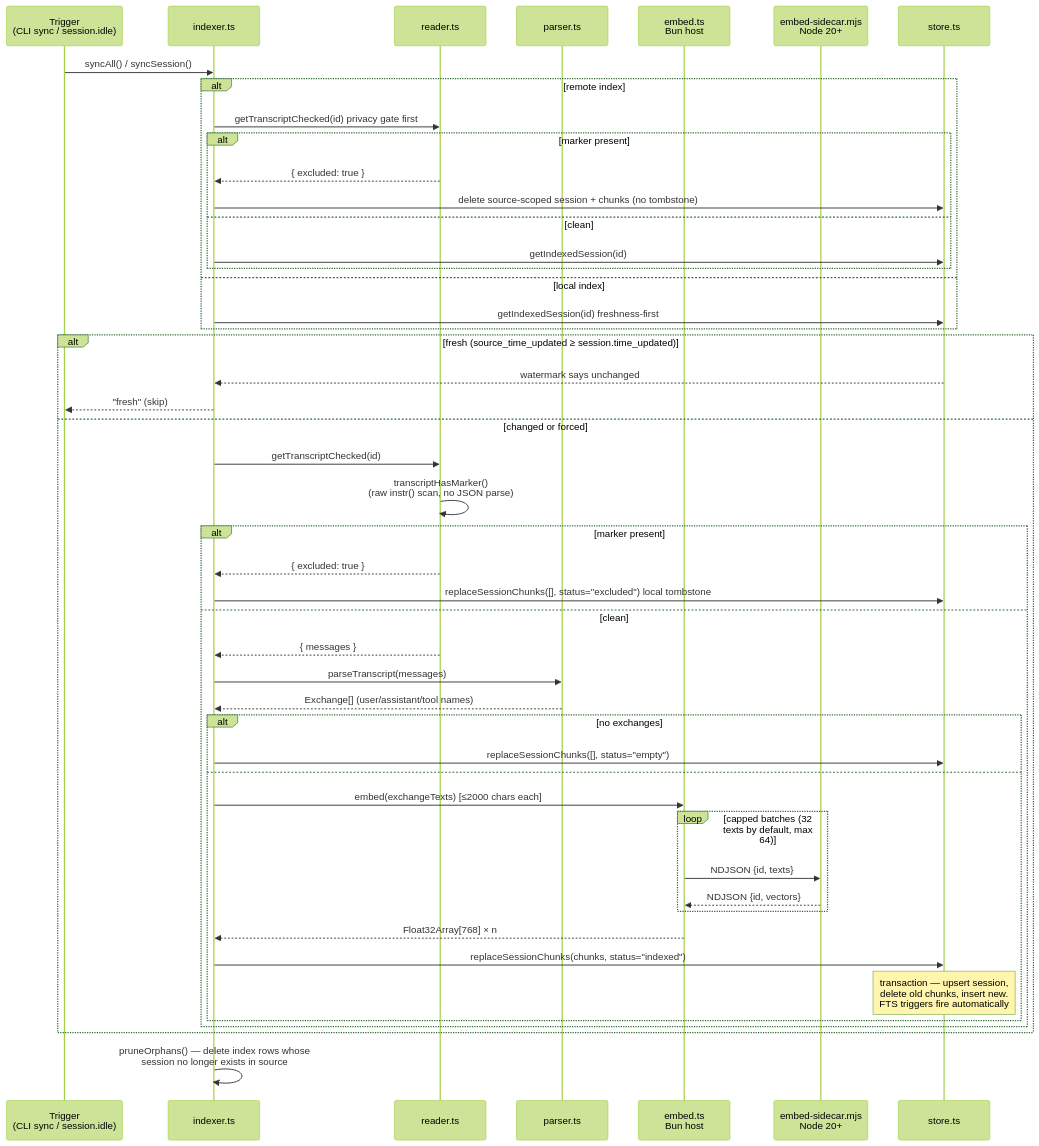
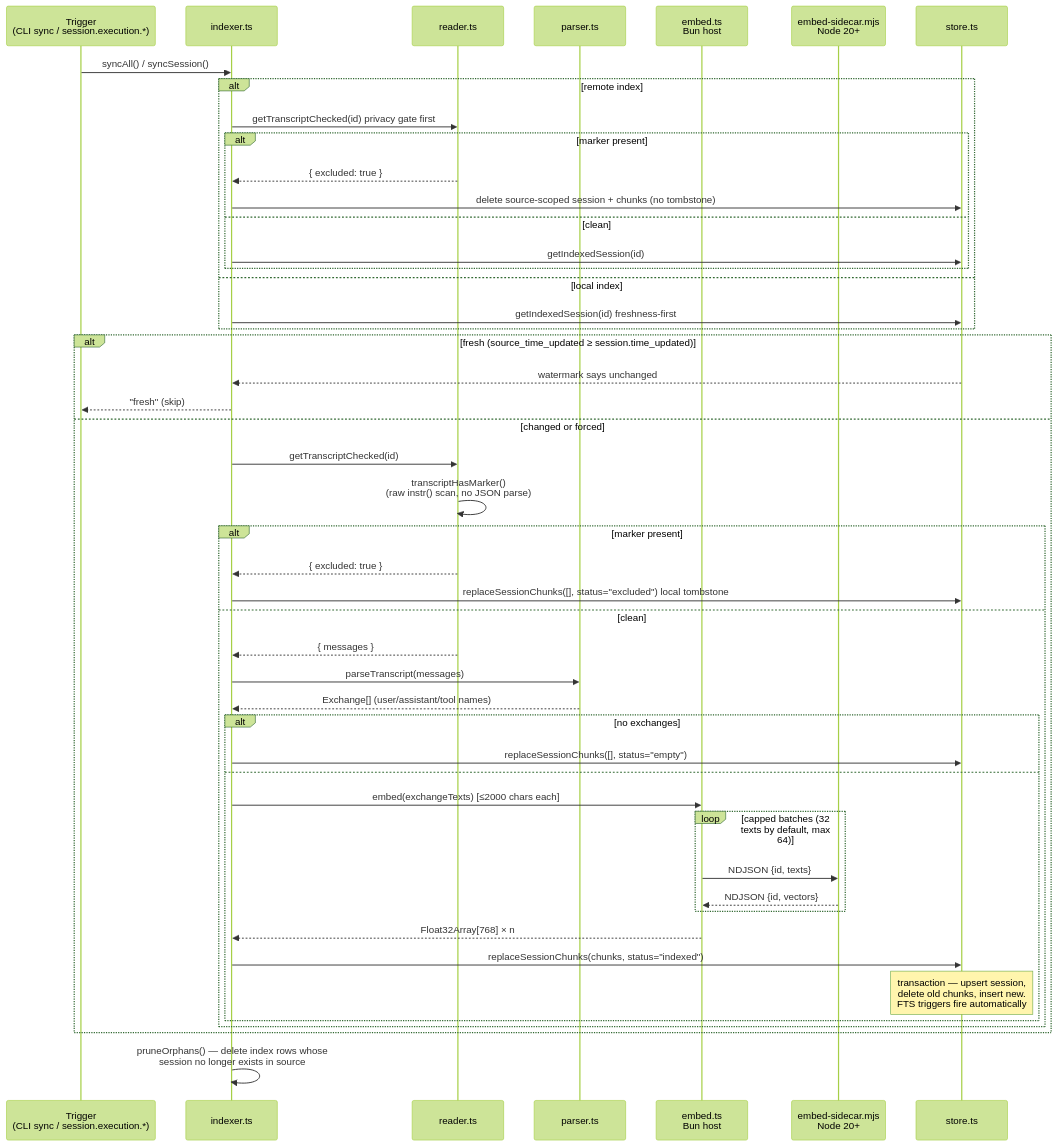
The second of 3 diagrams in ARCHITECTURE.md (robertn702/opencode-episodic-memory), drawn with Mermaid (forest theme) before and after one commit. The commit also changed other lines of this file and 10 other files, not shown here.

````diff
--- a/ARCHITECTURE.md
+++ b/ARCHITECTURE.md
@@ -191,51 +199,51 @@
 ```mermaid
 sequenceDiagram
-    participant T as Trigger<br/>(CLI sync / session.idle)
+    participant T as Trigger<br/>(CLI sync / session.execution.*)
     participant I as indexer.ts
     participant R as reader.ts
     participant P as parser.ts
     participant E as embed.ts<br/>Bun host
     participant N as embed-sidecar.mjs<br/>Node 20+
     participant S as store.ts
 
     T->>I: syncAll() / syncSession()
     alt remote index
         I->>R: getTranscriptChecked(id) privacy gate first
         alt marker present
             R-->>I: { excluded: true }
             I->>S: delete source-scoped session + chunks (no tombstone)
         else clean
             I->>S: getIndexedSession(id)
         end
     else local index
         I->>S: getIndexedSession(id) freshness-first
     end
     alt fresh (source_time_updated ≥ session.time_updated)
         S-->>I: watermark says unchanged
         I-->>T: "fresh" (skip)
     else changed or forced
         I->>R: getTranscriptChecked(id)
         R->>R: transcriptHasMarker()<br/>(raw instr() scan, no JSON parse)
         alt marker present
             R-->>I: { excluded: true }
             I->>S: replaceSessionChunks([], status="excluded") local tombstone
         else clean
             R-->>I: { messages }
             I->>P: parseTranscript(messages)
             P-->>I: Exchange[] (user/assistant/tool names)
             alt no exchanges
                 I->>S: replaceSessionChunks([], status="empty")
             else
                 I->>E: embed(exchangeTexts)  [≤2000 chars each]
                 loop capped batches (32 texts by default, max 64)
                     E->>N: NDJSON {id, texts}
                     N-->>E: NDJSON {id, vectors}
                 end
                 E-->>I: Float32Array[768] × n
                 I->>S: replaceSessionChunks(chunks, status="indexed")
                 Note over S: transaction — upsert session,<br/>delete old chunks, insert new.<br/>FTS triggers fire automatically
             end
         end
     end
     I->>I: pruneOrphans() — delete index rows whose<br/>session no longer exists in source
 ```
````
